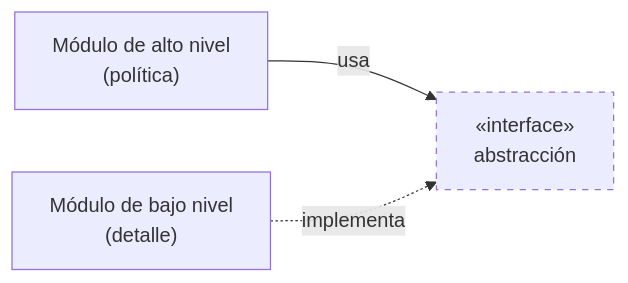
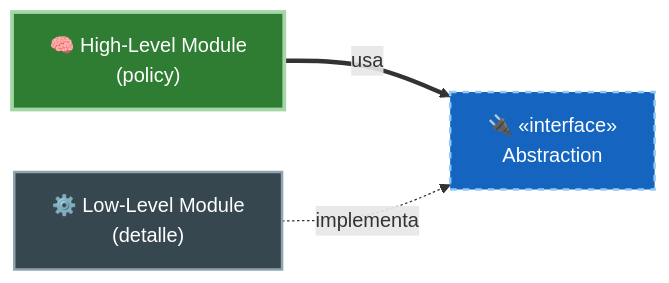
One commit to JavierMachucaA/clean-architecture-guia changed the second of 4 diagrams in 02-paradigmas-de-programacion/02-programacion-orientada-a-objetos.md. Above: the diagram before and after it, drawn with Mermaid. The commit also changed other lines of this file and 45 other files, not shown here.

````diff
--- a/02-paradigmas-de-programacion/02-programacion-orientada-a-objetos.md
+++ b/02-paradigmas-de-programacion/02-programacion-orientada-a-objetos.md
@@ -36,7 +39,9 @@
 ```mermaid
 flowchart LR
-    HL["Módulo de alto nivel<br/>(política)"] -->|usa| I["«interface»<br/>abstracción"]
-    LL["Módulo de bajo nivel<br/>(detalle)"] -.implementa.-> I
+    HL["🧠 High-Level Module<br/>(policy)"] ==>|usa| I["🔌 «interface»<br/>Abstraction"]
+    LL["⚙️ Low-Level Module<br/>(detalle)"] -.implementa.-> I
 
-    style I stroke-dasharray: 5 5
+    style HL fill:#2e7d32,stroke:#a5d6a7,color:#fff,stroke-width:3px
+    style I fill:#1565c0,stroke:#90caf9,color:#fff,stroke-width:2px,stroke-dasharray: 5 5
+    style LL fill:#37474f,stroke:#90a4ae,color:#fff,stroke-width:2px
 ```
````
